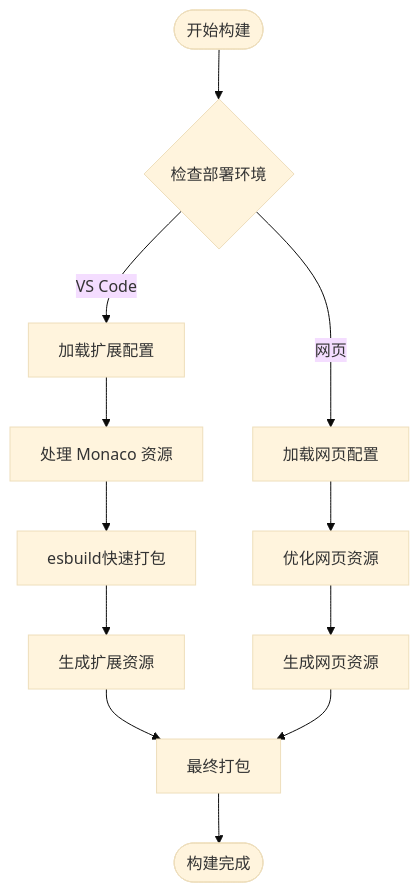
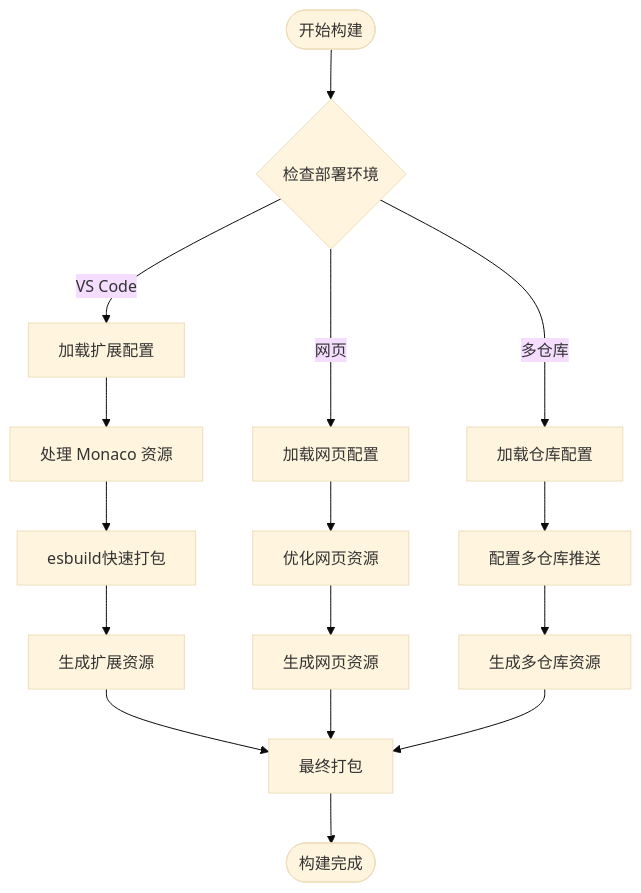
The third of 6 diagrams in .qoder/repowiki/zh/content/开发者指南/构建和部署.md (meiok1/wysjson), drawn with Mermaid (base theme) before and after one commit. The commit also changed other lines of this file and 58 other files, not shown here.

````diff
--- a/.qoder/repowiki/zh/content/开发者指南/构建和部署.md
+++ b/.qoder/repowiki/zh/content/开发者指南/构建和部署.md
@@ -197,14 +221,18 @@
 ```mermaid
 flowchart TD
 Start(["开始构建"]) --> CheckEnv{"检查部署环境"}
 CheckEnv --> |VS Code| VSConfig["加载扩展配置"]
 CheckEnv --> |网页| WebConfig["加载网页配置"]
+CheckEnv --> |多仓库| RepoConfig["加载仓库配置"]
 VSConfig --> Monaco["处理 Monaco 资源"]
 Monaco --> ESBuild["esbuild快速打包"]
 ESBuild --> VSBuild["生成扩展资源"]
 WebConfig --> WebOptimize["优化网页资源"]
 WebOptimize --> WebBuild["生成网页资源"]
+RepoConfig --> MultiPush["配置多仓库推送"]
+MultiPush --> RepoBuild["生成多仓库资源"]
 VSBuild --> Finalize["最终打包"]
 WebBuild --> Finalize
+RepoBuild --> Finalize
 Finalize --> End(["构建完成"])
 ```
````
